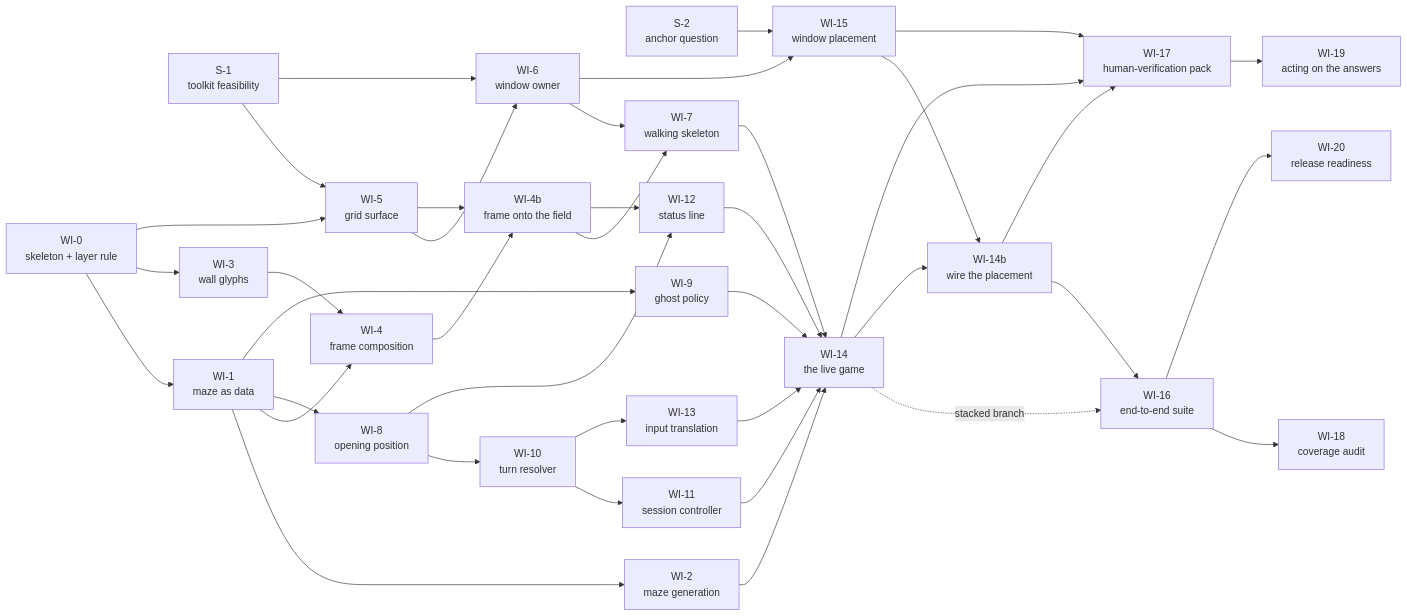
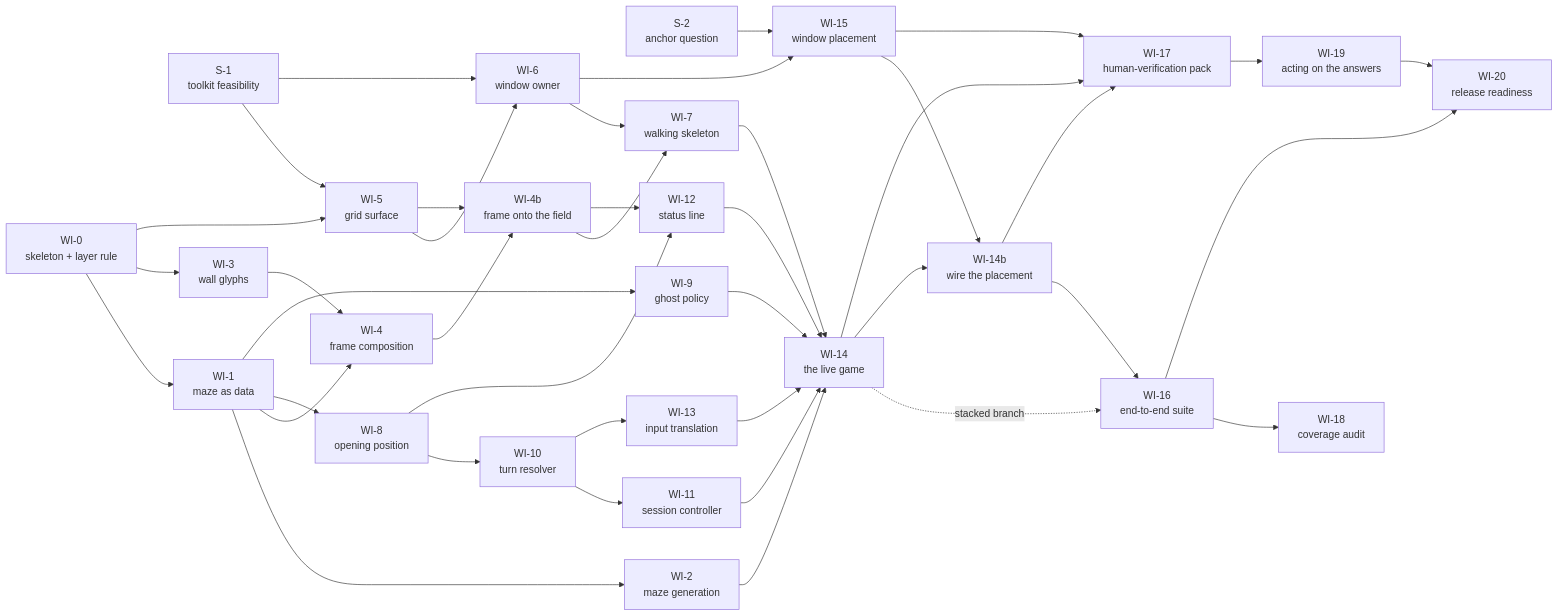
Before and after one commit to replicant1/NewTerminalGame: the second of 2 diagrams in docs/IMPLEMENTATION_PLAN.md, drawn with Mermaid. The commit also changed other lines of this file and 1 other file, not shown here.

````diff
--- a/docs/IMPLEMENTATION_PLAN.md
+++ b/docs/IMPLEMENTATION_PLAN.md
@@ -1270,66 +1282,67 @@
 ```mermaid
 flowchart LR
   S1["S-1<br/>toolkit feasibility"]
   S2["S-2<br/>anchor question"]
   WI0["WI-0<br/>skeleton + layer rule"]
   WI1["WI-1<br/>maze as data"]
   WI3["WI-3<br/>wall glyphs"]
   WI5["WI-5<br/>grid surface"]
   WI2["WI-2<br/>maze generation"]
   WI4["WI-4<br/>frame composition"]
   WI6["WI-6<br/>window owner"]
   WI4b["WI-4b<br/>frame onto the field"]
   WI7["WI-7<br/>walking skeleton"]
   WI8["WI-8<br/>opening position"]
   WI9["WI-9<br/>ghost policy"]
   WI10["WI-10<br/>turn resolver"]
   WI11["WI-11<br/>session controller"]
   WI12["WI-12<br/>status line"]
   WI13["WI-13<br/>input translation"]
   WI15["WI-15<br/>window placement"]
   WI14["WI-14<br/>the live game"]
   WI14b["WI-14b<br/>wire the placement"]
   WI16["WI-16<br/>end-to-end suite"]
   WI17["WI-17<br/>human-verification pack"]
   WI18["WI-18<br/>coverage audit"]
   WI19["WI-19<br/>acting on the answers"]
   WI20["WI-20<br/>release readiness"]
 
   WI0 --> WI1 --> WI2
   WI0 --> WI3
   WI0 --> WI5
   S1 --> WI5
   WI1 --> WI4
   WI3 --> WI4
   WI5 --> WI6
   S1 --> WI6
   WI4 --> WI4b
   WI5 --> WI4b
   WI4b --> WI7
   WI4b --> WI12
   WI6 --> WI7
   WI1 --> WI8
   WI1 --> WI9
   WI8 --> WI10
   WI8 --> WI12
   WI10 --> WI11
   WI10 --> WI13
   S2 --> WI15
   WI6 --> WI15
   WI2 --> WI14
   WI7 --> WI14
   WI11 --> WI14
   WI12 --> WI14
   WI13 --> WI14
   WI14 -.->|stacked branch| WI16
   WI16 --> WI18
   WI16 --> WI20
+  WI19 --> WI20
   WI14 --> WI14b
   WI15 --> WI14b
   WI9 --> WI14
   WI14b --> WI16
   WI14b --> WI17
   WI14 --> WI17
   WI15 --> WI17
   WI17 --> WI19
 ```
````
